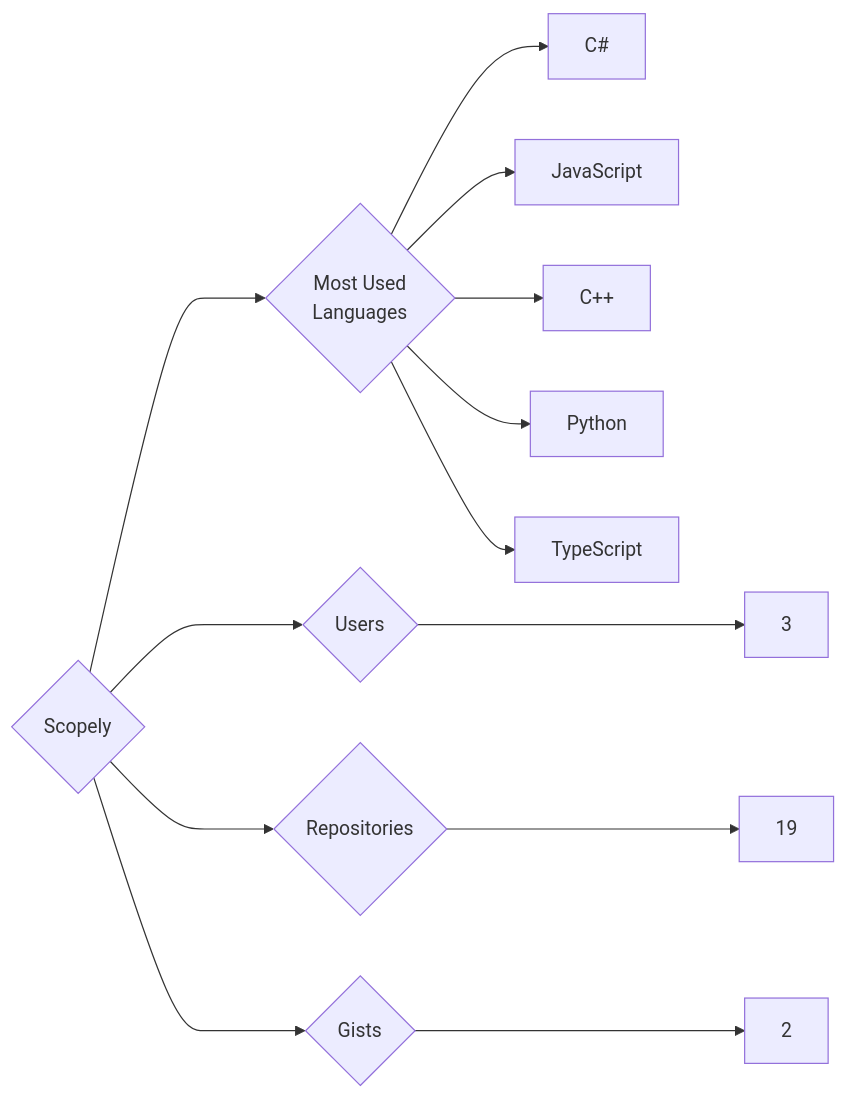
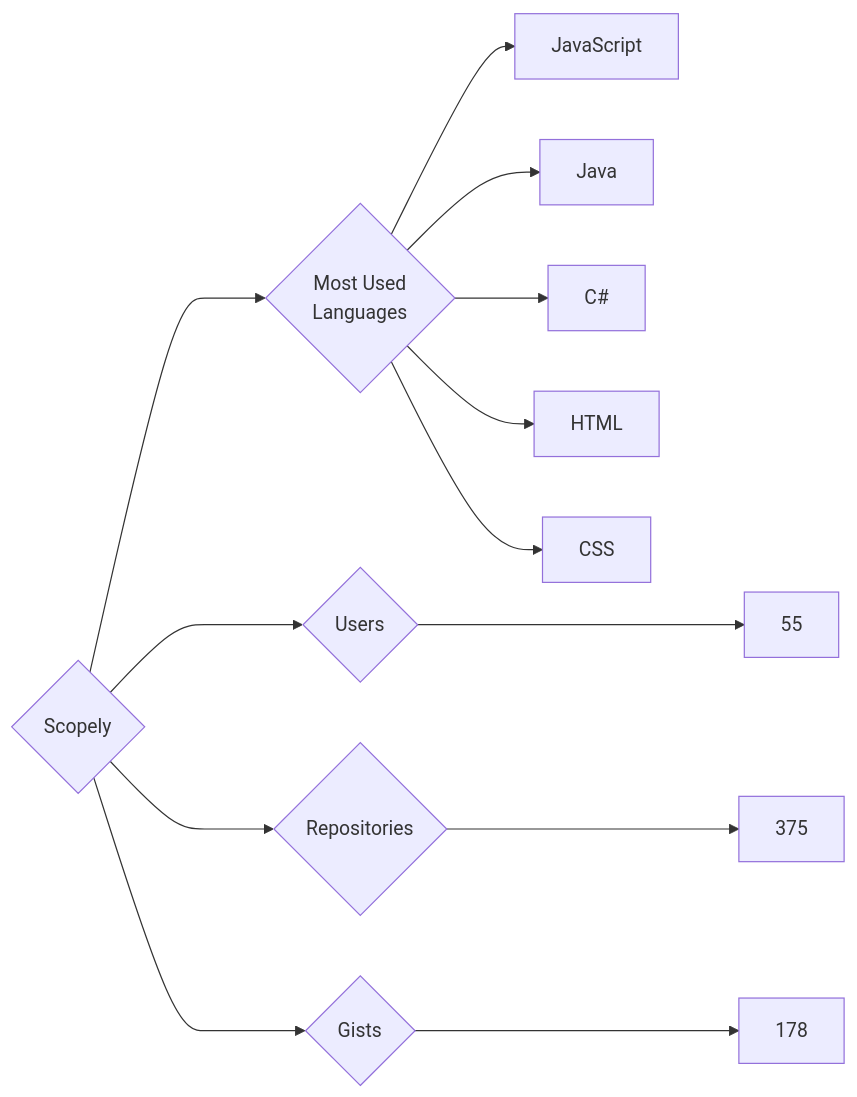
One commit to trickest/insiders changed the diagram in targets/Scopely/README.md. Above: the diagram before and after it, drawn with Mermaid. The commit also changed 773 other files, not shown here.

````diff
--- a/targets/Scopely/README.md
+++ b/targets/Scopely/README.md
@@ -3,13 +3,13 @@
 ```mermaid
 graph LR
 COMPANY_NAME{Scopely}
-COMPANY_NAME ---> U{Users} ---> UN[3]
-COMPANY_NAME ---> R{Repositories} ---> RN[19]
-COMPANY_NAME ---> G{Gists} ---> GN[2]
+COMPANY_NAME ---> U{Users} ---> UN[55]
+COMPANY_NAME ---> R{Repositories} ---> RN[375]
+COMPANY_NAME ---> G{Gists} ---> GN[178]
 COMPANY_NAME ---> ML{Most Used<br>Languages}
+ML --> JavaScript[JavaScript]
+ML --> Java[Java]
 ML --> C#[C#]
-ML --> JavaScript[JavaScript]
-ML --> C++[C++]
-ML --> Python[Python]
-ML --> TypeScript[TypeScript]
+ML --> HTML[HTML]
+ML --> CSS[CSS]
 ```
````
